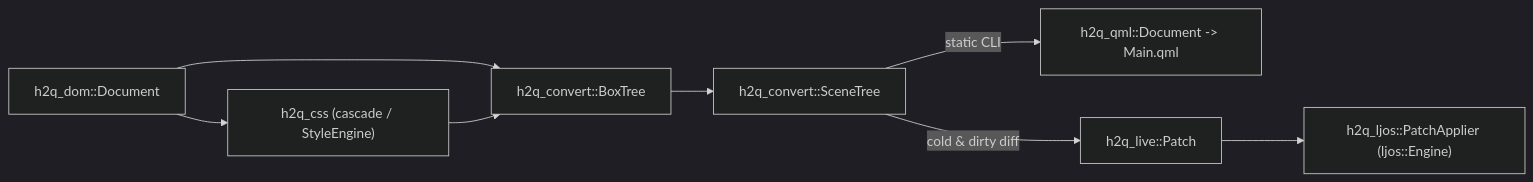
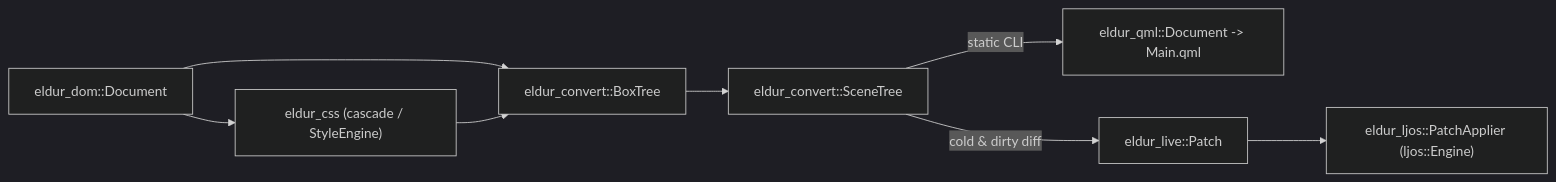
Before and after one commit to hal-c2/eldur: the diagram in docs/design/live-dom.md, drawn with Mermaid (dark theme). The commit also changed other lines of this file and 6 other files, not shown here.

Commit message:
docs: name the project Eldur (formerly html-2-qml)

````diff
--- a/docs/design/live-dom.md
+++ b/docs/design/live-dom.md
@@ -27,10 +27,10 @@
 ```mermaid
 flowchart LR
-    dom["h2q_dom::Document"] --> css["h2q_css (cascade / StyleEngine)"]
-    dom --> boxes["h2q_convert::BoxTree"]
+    dom["eldur_dom::Document"] --> css["eldur_css (cascade / StyleEngine)"]
+    dom --> boxes["eldur_convert::BoxTree"]
     css --> boxes
-    boxes --> scene["h2q_convert::SceneTree"]
-    scene -->|static CLI| qml["h2q_qml::Document -> Main.qml"]
-    scene -->|cold & dirty diff| patch["h2q_live::Patch"]
-    patch --> engine["h2q_ljos::PatchApplier (ljos::Engine)"]
+    boxes --> scene["eldur_convert::SceneTree"]
+    scene -->|static CLI| qml["eldur_qml::Document -> Main.qml"]
+    scene -->|cold & dirty diff| patch["eldur_live::Patch"]
+    patch --> engine["eldur_ljos::PatchApplier (ljos::Engine)"]
 ```
````
